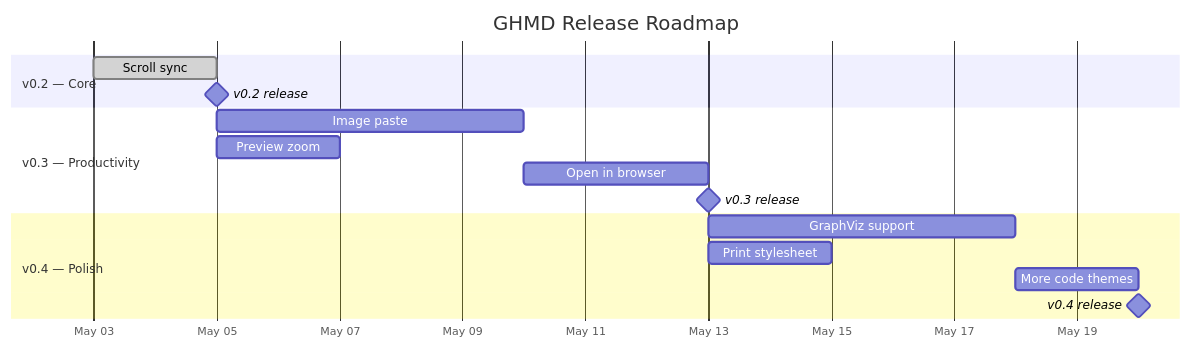
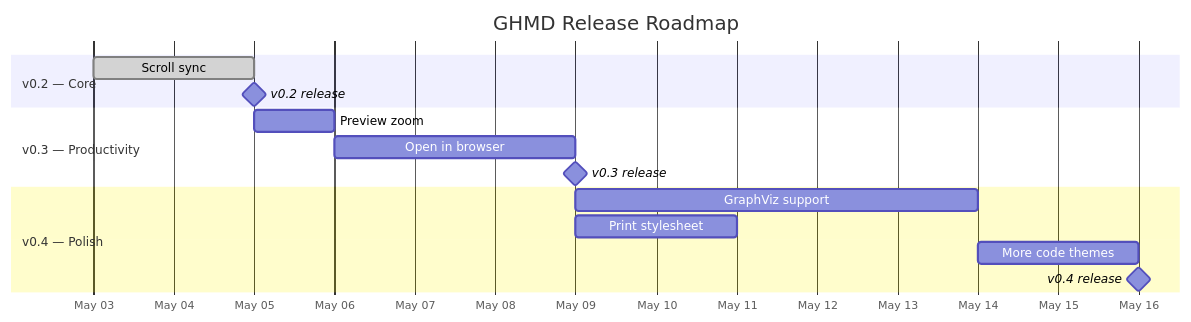
The third of 3 diagrams in docs/todo.md (Ubpa/ghmd), drawn with Mermaid before and after one commit. The commit also changed other lines of this file, not shown here.

Commit message:
docs: remove image paste, add preview zoom implementation plan

````diff
--- a/docs/todo.md
+++ b/docs/todo.md
@@ -139,22 +158,21 @@
 ```mermaid
 gantt
     title GHMD Release Roadmap
     dateFormat YYYY-MM-DD
     axisFormat %b %d
 
     section v0.2 — Core
     Scroll sync           :done, a1, 2026-05-03, 2d
     v0.2 release           :milestone, after a1, 0d
 
     section v0.3 — Productivity
-    Image paste           :b1, 2026-05-05, 5d
-    Preview zoom          :b2, 2026-05-05, 2d
-    Open in browser       :b3, after b1, 3d
-    v0.3 release           :milestone, after b3, 0d
+    Preview zoom          :b1, 2026-05-05, 1d
+    Open in browser       :b2, after b1, 3d
+    v0.3 release           :milestone, after b2, 0d
 
     section v0.4 — Polish
     GraphViz support      :c1, after b3, 5d
     Print stylesheet      :c2, after b3, 2d
     More code themes      :c3, after c1, 2d
     v0.4 release           :milestone, after c3, 0d
 ```
````
